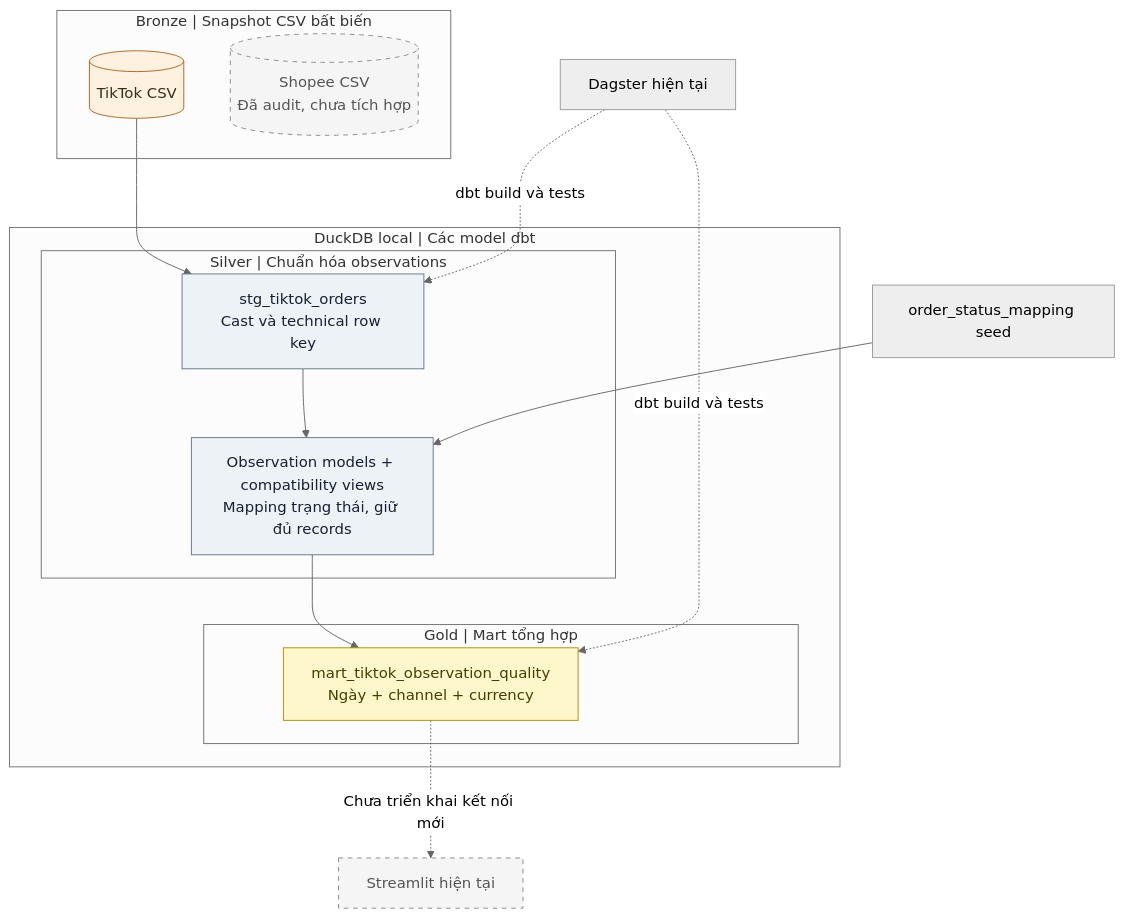
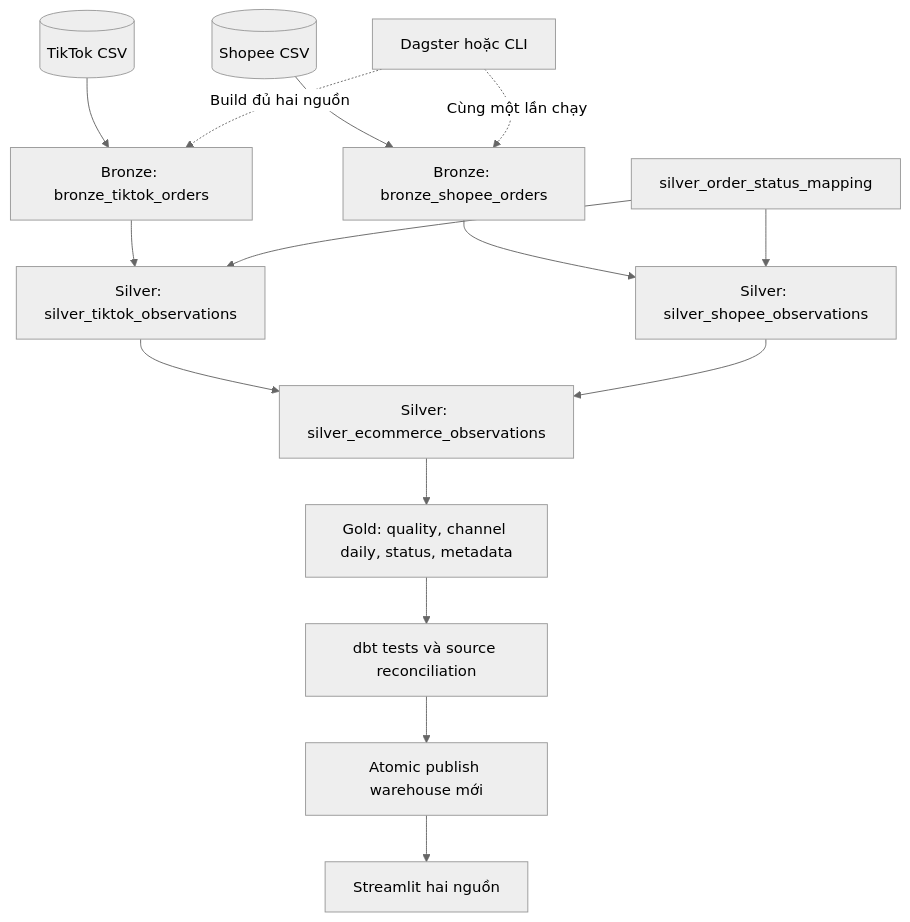
Before and after one commit to PhucTruong11/TikTok_orders_pipeline: the diagram in docs/UPGRADE_PLAN.md, drawn with Mermaid (neutral theme). The commit also changed other lines of this file and 58 other files, not shown here.

Commit message:
feat: add Shopee medallion pipeline and channel dashboard

````diff
--- a/docs/UPGRADE_PLAN.md
+++ b/docs/UPGRADE_PLAN.md
@@ -32,34 +16,17 @@
 ```mermaid
 flowchart TB
-    subgraph BRONZE["Bronze | Snapshot CSV bất biến"]
-        TT[("TikTok CSV")]
-        SP[("Shopee CSV<br/>Đã audit, chưa tích hợp")]
-    end
-
-    subgraph DUCKDB["DuckDB local | Các model dbt"]
-        subgraph SILVER["Silver | Chuẩn hóa observations"]
-            STG["stg_tiktok_orders<br/>Cast và technical row key"]
-            OBS["Observation models + compatibility views<br/>Mapping trạng thái, giữ đủ records"]
-            STG --> OBS
-        end
-        subgraph GOLD["Gold | Mart tổng hợp"]
-            QUALITY["mart_tiktok_observation_quality<br/>Ngày + channel + currency"]
-        end
-        OBS --> QUALITY
-    end
-
-    TT --> STG
-    SEED["order_status_mapping seed"] --> OBS
-    DG["Dagster hiện tại"] -.->|"dbt build và tests"| STG
-    DG -.->|"dbt build và tests"| QUALITY
-    QUALITY -.->|"Chưa triển khai kết nối mới"| UI["Streamlit hiện tại"]
-
-    classDef bronze fill:#fff1df,stroke:#a86622,color:#3f2a16;
-    classDef silver fill:#edf2f7,stroke:#64748b,color:#172033;
-    classDef gold fill:#fff7cc,stroke:#b58b00,color:#493c00;
-    classDef pending fill:#f5f5f5,stroke:#888888,color:#555555,stroke-dasharray:5 5;
-    class TT bronze;
-    class STG,OBS silver;
-    class QUALITY gold;
-    class SP,UI pending;
+    T[("TikTok CSV")] --> BT["Bronze: bronze_tiktok_orders"]
+    S[("Shopee CSV")] --> BS["Bronze: bronze_shopee_orders"]
+    BT --> ST["Silver: silver_tiktok_observations"]
+    BS --> SS["Silver: silver_shopee_observations"]
+    REF["silver_order_status_mapping"] --> ST
+    REF --> SS
+    ST --> U["Silver: silver_ecommerce_observations"]
+    SS --> U
+    U --> G["Gold: quality, channel daily, status, metadata"]
+    G --> V["dbt tests và source reconciliation"]
+    V --> P["Atomic publish warehouse mới"]
+    P --> UI["Streamlit hai nguồn"]
+    DG["Dagster hoặc CLI"] -.->|"Build đủ hai nguồn"| BT
+    DG -.->|"Cùng một lần chạy"| BS
 ```
````
